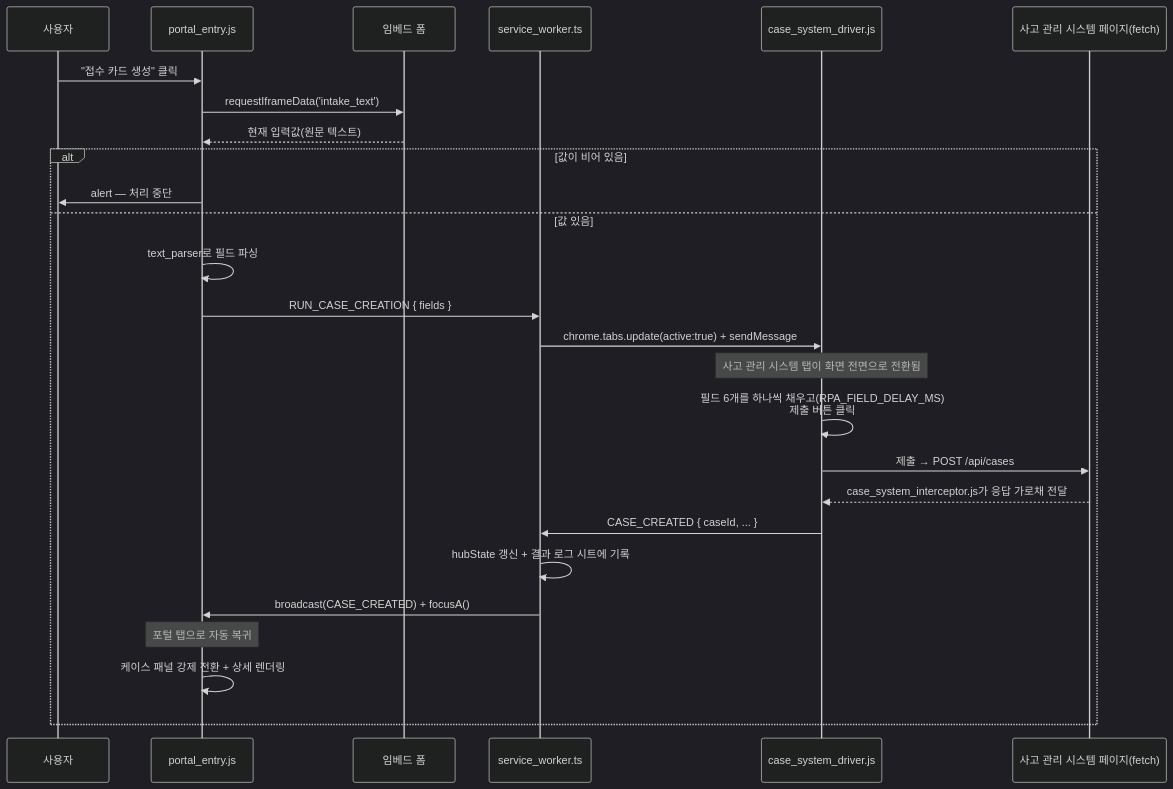
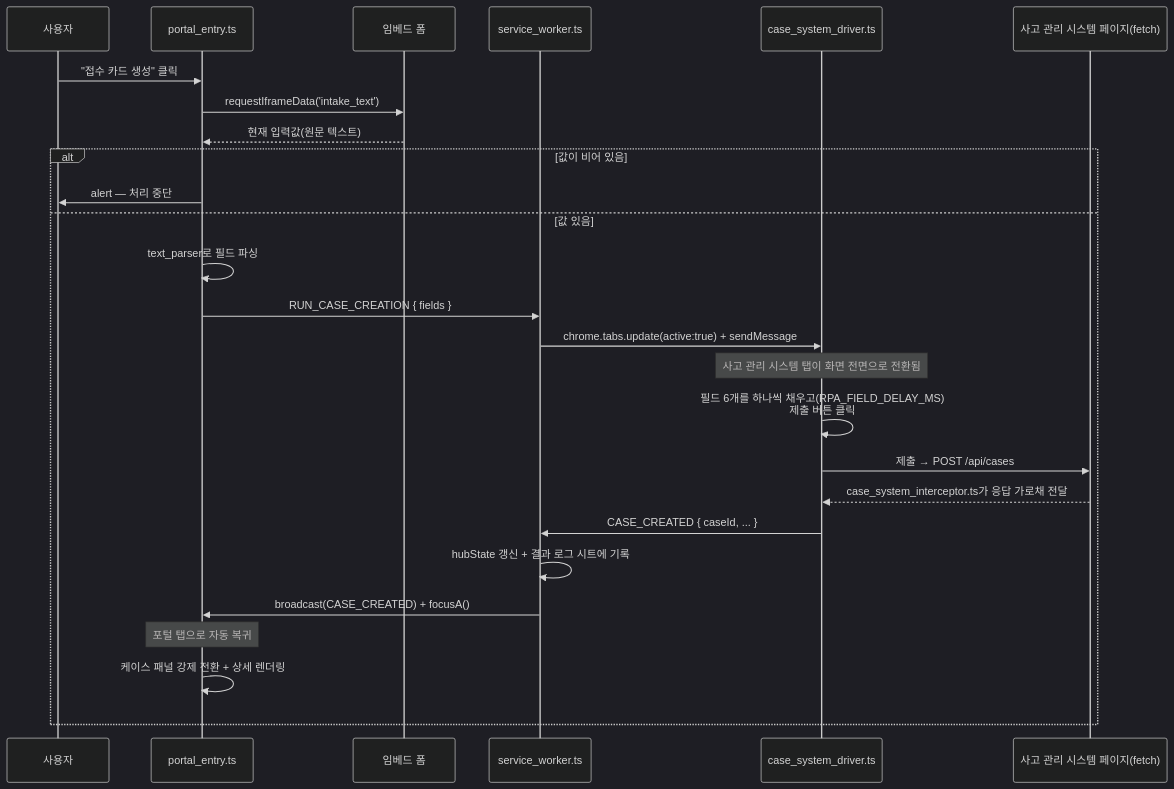
Before and after one commit to JY-maru/spog-sidebar: the second of 2 diagrams in docs/ARCHITECTURE.md, drawn with Mermaid (dark theme). The commit also changed other lines of this file and 23 other files, not shown here.

````diff
--- a/docs/ARCHITECTURE.md
+++ b/docs/ARCHITECTURE.md
@@ -220,29 +220,29 @@
 ```mermaid
 sequenceDiagram
     participant User as 사용자
-    participant A as portal_entry.js
+    participant A as portal_entry.ts
     participant Iframe as 임베드 폼
     participant BG as service_worker.ts
-    participant B as case_system_driver.js
+    participant B as case_system_driver.ts
     participant PageB as 사고 관리 시스템 페이지(fetch)
 
     User->>A: "접수 카드 생성" 클릭
     A->>Iframe: requestIframeData('intake_text')
     Iframe-->>A: 현재 입력값(원문 텍스트)
     alt 값이 비어 있음
         A->>User: alert — 처리 중단
     else 값 있음
         A->>A: text_parser로 필드 파싱
         A->>BG: RUN_CASE_CREATION { fields }
         BG->>B: chrome.tabs.update(active:true) + sendMessage
         Note over B: 사고 관리 시스템 탭이 화면 전면으로 전환됨
         B->>B: 필드 6개를 하나씩 채우고(RPA_FIELD_DELAY_MS)<br/>제출 버튼 클릭
         B->>PageB: 제출 → POST /api/cases
-        PageB-->>B: case_system_interceptor.js가 응답 가로채 전달
+        PageB-->>B: case_system_interceptor.ts가 응답 가로채 전달
         B->>BG: CASE_CREATED { caseId, ... }
         BG->>BG: hubState 갱신 + 결과 로그 시트에 기록
         BG->>A: broadcast(CASE_CREATED) + focusA()
         Note over A: 포털 탭으로 자동 복귀
         A->>A: 케이스 패널 강제 전환 + 상세 렌더링
     end
 ```
````
